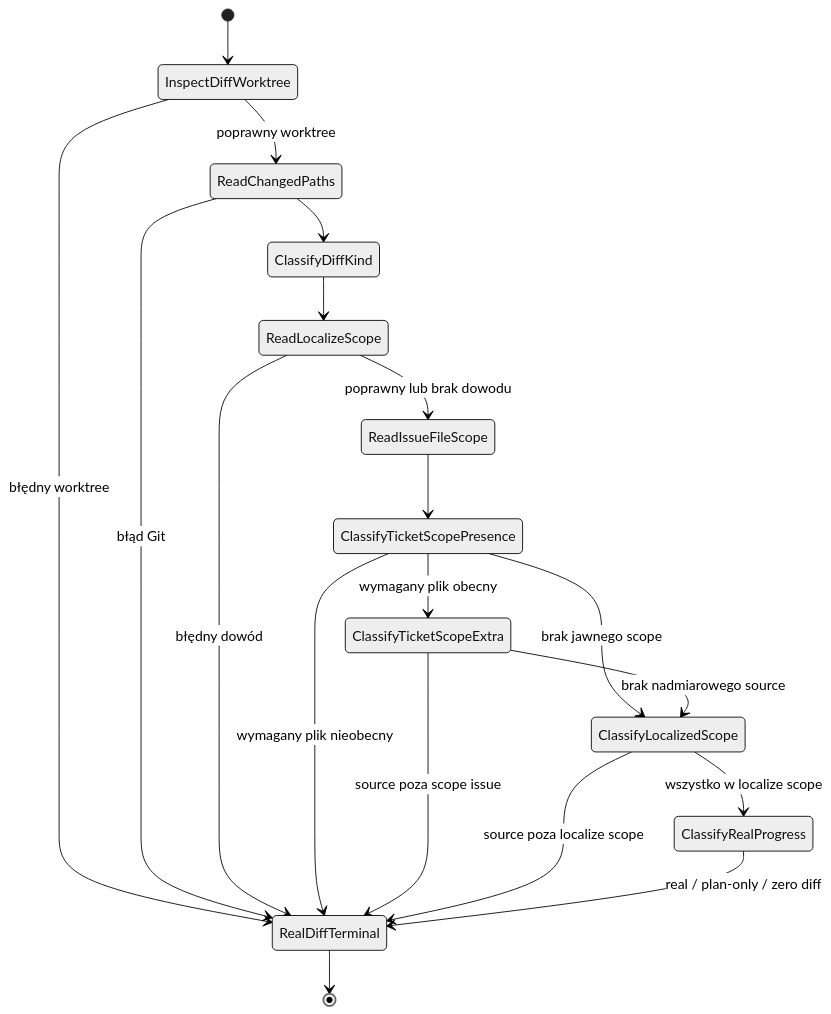
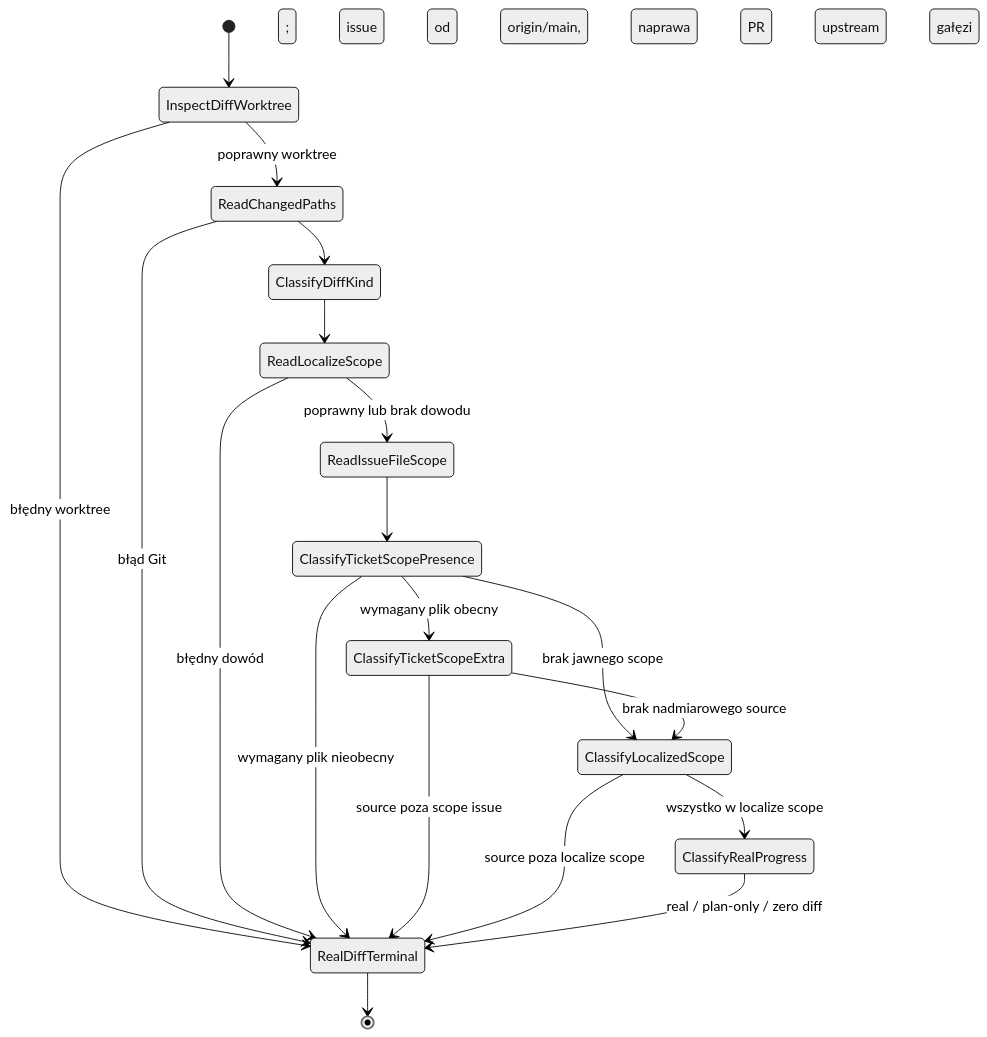
Before and after one commit to mikolaj92/lokay: diagram 17 of 53 in README.md, drawn with Mermaid (neutral theme). The commit also changed other lines of this file and 63 other files, not shown here.

Commit message:
fix: restore delivery flow and bounded recovery across Fala graphs

````diff
--- a/README.md
+++ b/README.md
@@ -509,21 +513,21 @@
 ```mermaid
 stateDiagram-v2
     [*] --> InspectDiffWorktree
-    InspectDiffWorktree --> ReadChangedPaths: poprawny worktree
+    InspectDiffWorktree --> ReadChangedPaths: poprawny worktree; issue od origin/main, naprawa PR od upstream gałęzi
     InspectDiffWorktree --> RealDiffTerminal: błędny worktree
     ReadChangedPaths --> ClassifyDiffKind
     ReadChangedPaths --> RealDiffTerminal: błąd Git
     ClassifyDiffKind --> ReadLocalizeScope
     ReadLocalizeScope --> ReadIssueFileScope: poprawny lub brak dowodu
     ReadLocalizeScope --> RealDiffTerminal: błędny dowód
     ReadIssueFileScope --> ClassifyTicketScopePresence
     ClassifyTicketScopePresence --> ClassifyTicketScopeExtra: wymagany plik obecny
     ClassifyTicketScopePresence --> ClassifyLocalizedScope: brak jawnego scope
     ClassifyTicketScopePresence --> RealDiffTerminal: wymagany plik nieobecny
     ClassifyTicketScopeExtra --> ClassifyLocalizedScope: brak nadmiarowego source
     ClassifyTicketScopeExtra --> RealDiffTerminal: source poza scope issue
     ClassifyLocalizedScope --> ClassifyRealProgress: wszystko w localize scope
     ClassifyLocalizedScope --> RealDiffTerminal: source poza localize scope
     ClassifyRealProgress --> RealDiffTerminal: real / plan-only / zero diff
     RealDiffTerminal --> [*]
 ```
````
